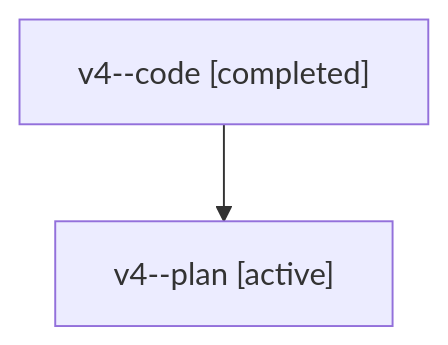
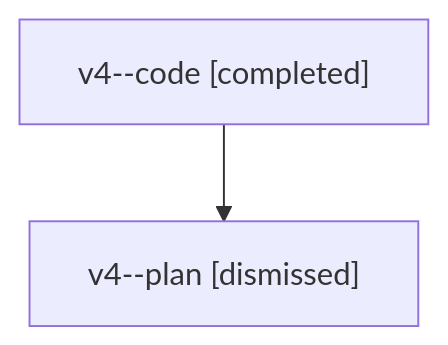
One commit to sase-org/sase--agents changed the diagram in sessions/bbugyi200.athena.v4.md. Above: the diagram before and after it, drawn with Mermaid. The commit also changed other lines of this file and 18 other files, not shown here.

````diff
--- a/sessions/bbugyi200.athena.v4.md
+++ b/sessions/bbugyi200.athena.v4.md
@@ -9,6 +9,6 @@
 ```mermaid
 flowchart TD
   n0["v4--code [completed]"]
-  n1["v4--plan [active]"]
+  n1["v4--plan [dismissed]"]
   n0 --> n1
 ```
````
